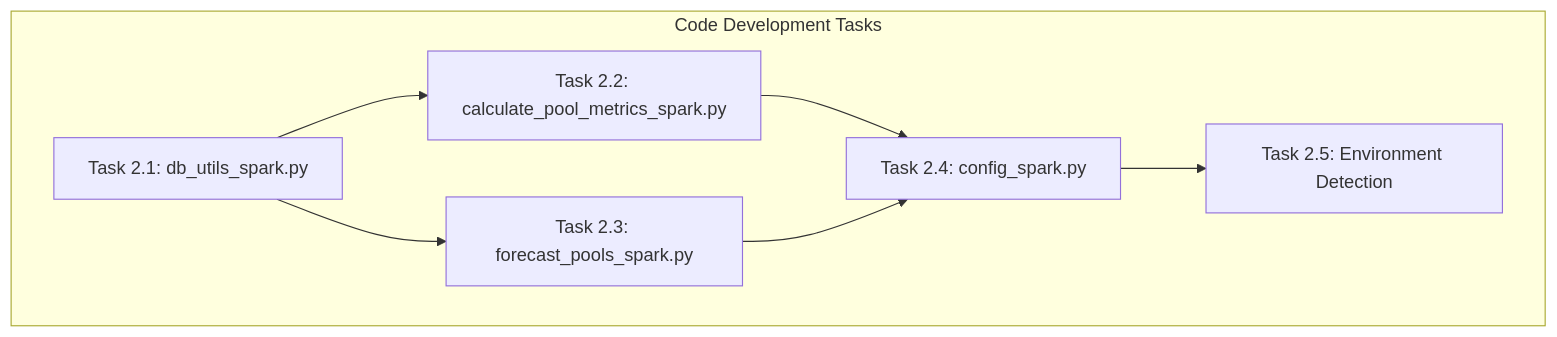
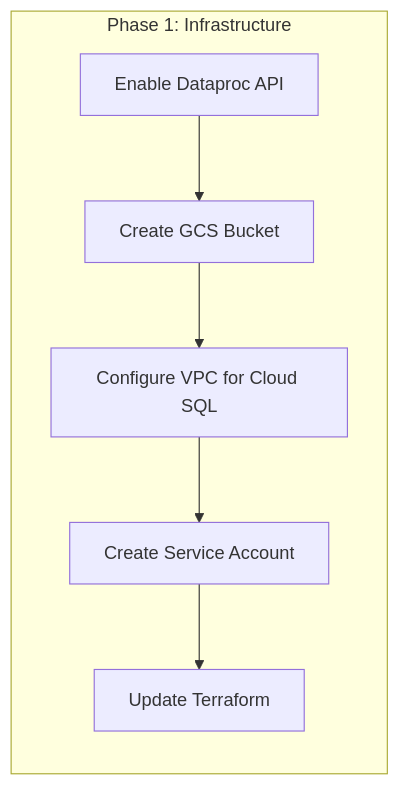
Before and after one commit to Geokoumpa/StablecoinPoolOpt: the third of 4 diagrams in context/dataproc_serverless_migration_plan.md, drawn with Mermaid. The commit also changed other lines of this file, not shown here.

````diff
--- a/context/dataproc_serverless_migration_plan.md
+++ b/context/dataproc_serverless_migration_plan.md
@@ -212,10 +119,9 @@
 ```mermaid
-flowchart TB
-    subgraph "Code Development Tasks"
-        A[Task 2.1: db_utils_spark.py] --> B[Task 2.2: calculate_pool_metrics_spark.py]
-        A --> C[Task 2.3: forecast_pools_spark.py]
-        B --> D[Task 2.4: config_spark.py]
-        C --> D
-        D --> E[Task 2.5: Environment Detection]
+flowchart LR
+    subgraph "Phase 1: Infrastructure"
+        A[Enable Dataproc API] --> B[Create GCS Bucket]
+        B --> C[Configure VPC for Cloud SQL]
+        C --> D[Create Service Account]
+        D --> E[Update Terraform]
     end
 ```
````
